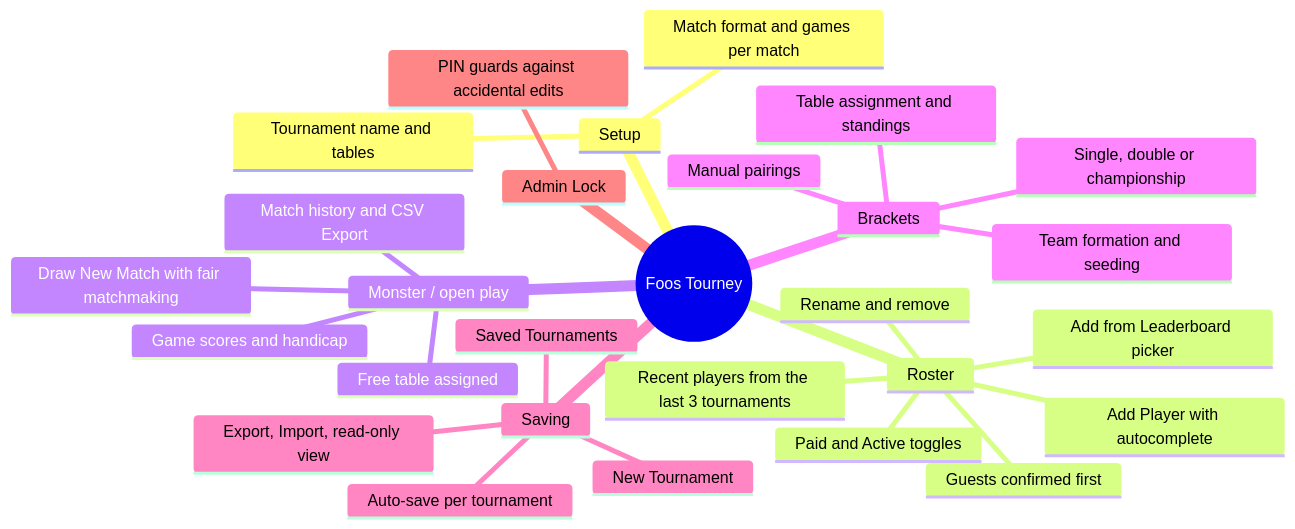
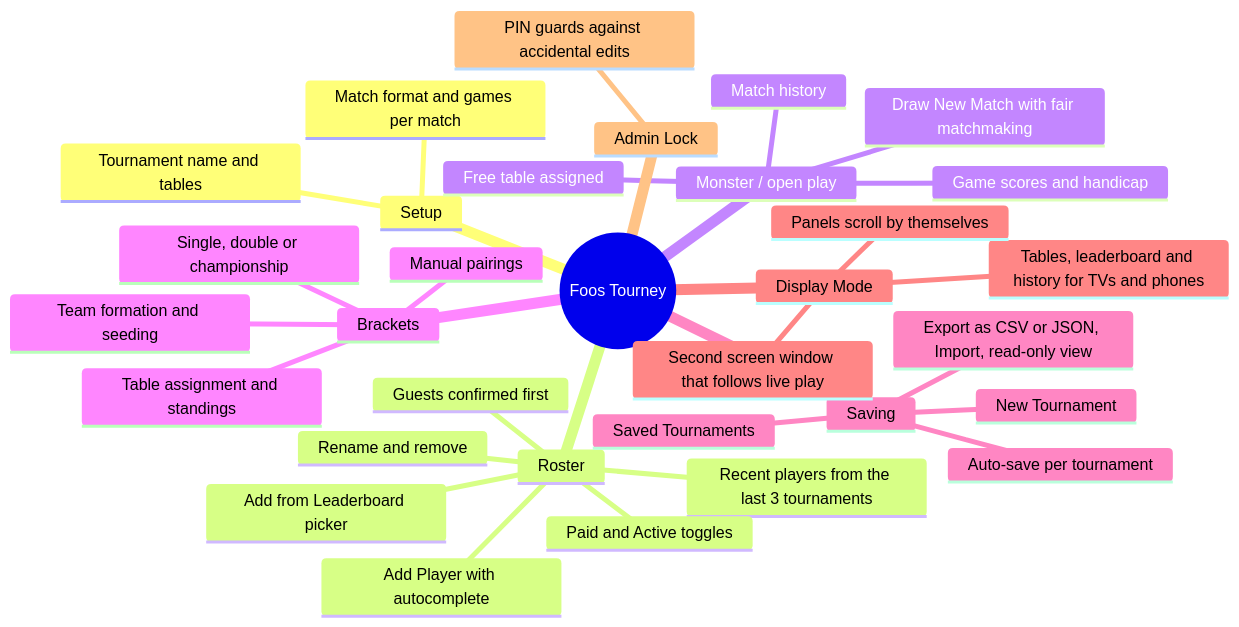
The first of 6 diagrams in README.md (DT209/foos-tourney), drawn with Mermaid before and after one commit. The commit also changed other lines of this file and 12 other files, not shown here.

````diff
--- a/README.md
+++ b/README.md
@@ -8,31 +8,35 @@
 ```mermaid
 mindmap
   root((Foos Tourney))
     Setup
       Tournament name and tables
       Match format and games per match
     Roster
       Add Player with autocomplete
       Add from Leaderboard picker
       Recent players from the last 3 tournaments
       Guests confirmed first
       Paid and Active toggles
       Rename and remove
     Monster / open play
       Draw New Match with fair matchmaking
       Free table assigned
       Game scores and handicap
-      Match history and CSV Export
+      Match history
     Brackets
       Single, double or championship
       Team formation and seeding
       Manual pairings
       Table assignment and standings
     Saving
       Auto-save per tournament
       New Tournament
       Saved Tournaments
-      Export, Import, read-only view
+      Export as CSV or JSON, Import, read-only view
+    Display Mode
+      Tables, leaderboard and history for TVs and phones
+      Panels scroll by themselves
+      Second screen window that follows live play
     Admin Lock
       PIN guards against accidental edits
 ```
````
